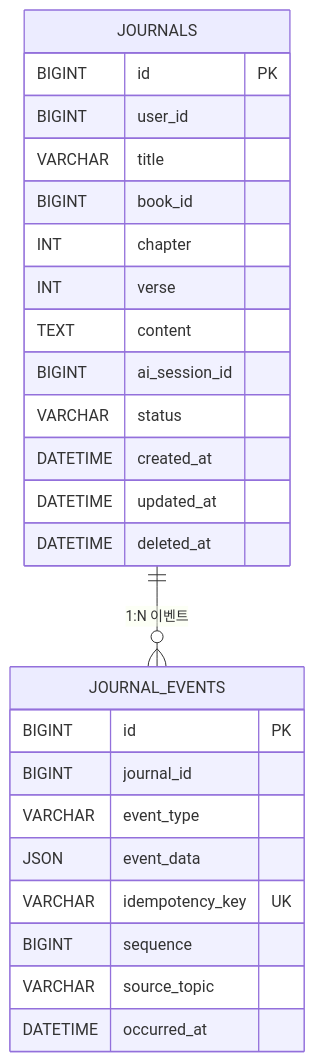
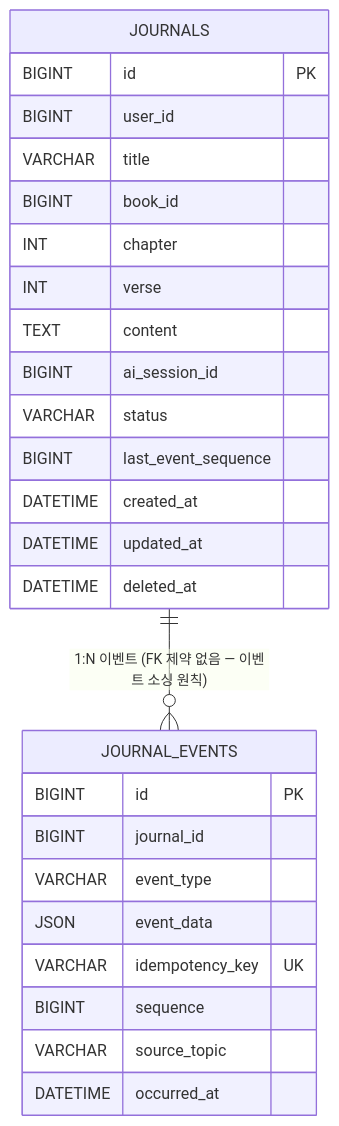
Before and after one commit to Tae0072/2nd-Team-Project: the fourth of 7 diagrams in 02_ERD_문서.md, drawn with Mermaid. The commit also changed other lines of this file and 2 other files, not shown here.

Commit message:
docs: bump 02_ERD to v1.1 (25-item review patch) + sync 01번 v1.3 (토픽 4→7개 + Schema Registry/DLQ)

````diff
--- a/02_ERD_문서.md
+++ b/02_ERD_문서.md
@@ -408,29 +440,30 @@
 ```mermaid
 erDiagram
-    JOURNALS ||--o{ JOURNAL_EVENTS : "1:N 이벤트"
+    JOURNALS ||--o{ JOURNAL_EVENTS : "1:N 이벤트 (FK 제약 없음 — 이벤트 소싱 원칙)"
 
     JOURNALS {
         BIGINT id PK
         BIGINT user_id
         VARCHAR title
         BIGINT book_id
         INT chapter
         INT verse
         TEXT content
         BIGINT ai_session_id
         VARCHAR status
+        BIGINT last_event_sequence
         DATETIME created_at
         DATETIME updated_at
         DATETIME deleted_at
     }
     JOURNAL_EVENTS {
         BIGINT id PK
         BIGINT journal_id
         VARCHAR event_type
         JSON event_data
         VARCHAR idempotency_key UK
         BIGINT sequence
         VARCHAR source_topic
         DATETIME occurred_at
     }
 ```
````
